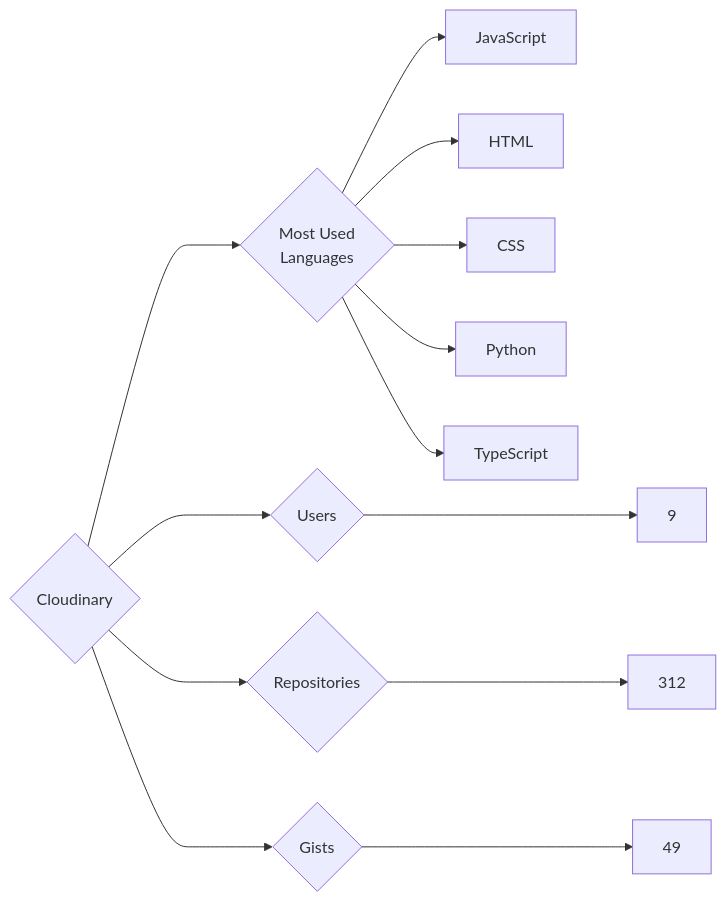
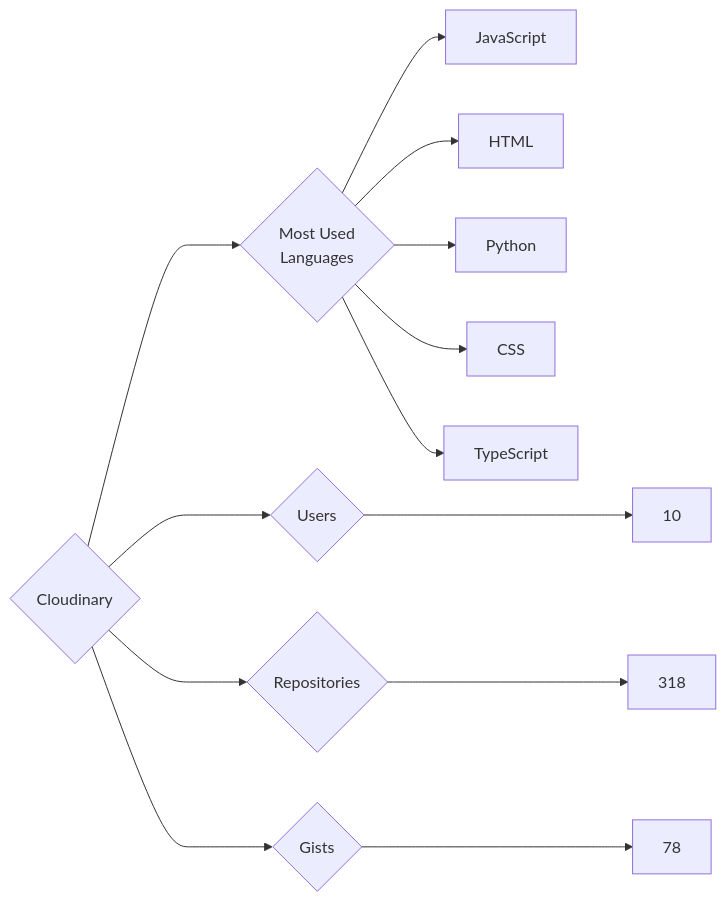
The diagram in targets/Cloudinary/README.md (trickest/insiders), drawn with Mermaid before and after one commit. The commit also changed 1088 other files, not shown here.

````diff
--- a/targets/Cloudinary/README.md
+++ b/targets/Cloudinary/README.md
@@ -3,13 +3,13 @@
 ```mermaid
 graph LR
 COMPANY_NAME{Cloudinary}
-COMPANY_NAME ---> U{Users} ---> UN[9]
-COMPANY_NAME ---> R{Repositories} ---> RN[312]
-COMPANY_NAME ---> G{Gists} ---> GN[49]
+COMPANY_NAME ---> U{Users} ---> UN[10]
+COMPANY_NAME ---> R{Repositories} ---> RN[318]
+COMPANY_NAME ---> G{Gists} ---> GN[78]
 COMPANY_NAME ---> ML{Most Used<br>Languages}
 ML --> JavaScript[JavaScript]
 ML --> HTML[HTML]
+ML --> Python[Python]
 ML --> CSS[CSS]
-ML --> Python[Python]
 ML --> TypeScript[TypeScript]
 ```
````
